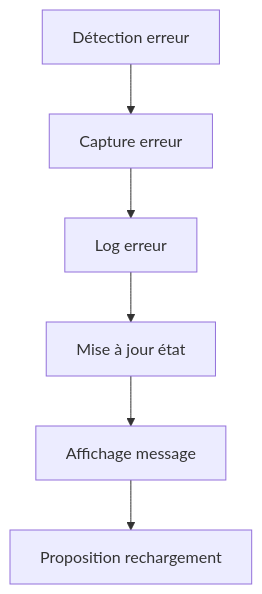
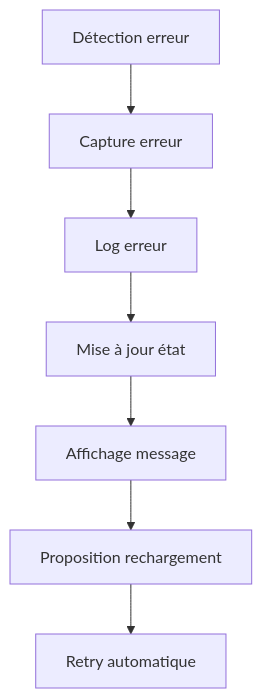
One commit to flobutbut/UniversalTimeline changed the sixth of 9 diagrams in Documentation-flux-donnees.md. Above: the diagram before and after it, drawn with Mermaid. The commit also changed other lines of this file and 5 other files, not shown here.

````diff
--- a/Documentation-flux-donnees.md
+++ b/Documentation-flux-donnees.md
@@ -55,8 +101,9 @@
 ```mermaid
 graph TD
     A[Détection erreur] --> B[Capture erreur]
     B --> C[Log erreur]
     C --> D[Mise à jour état]
     D --> E[Affichage message]
     E --> F[Proposition rechargement]
+    F --> G[Retry automatique]
 ```
````
